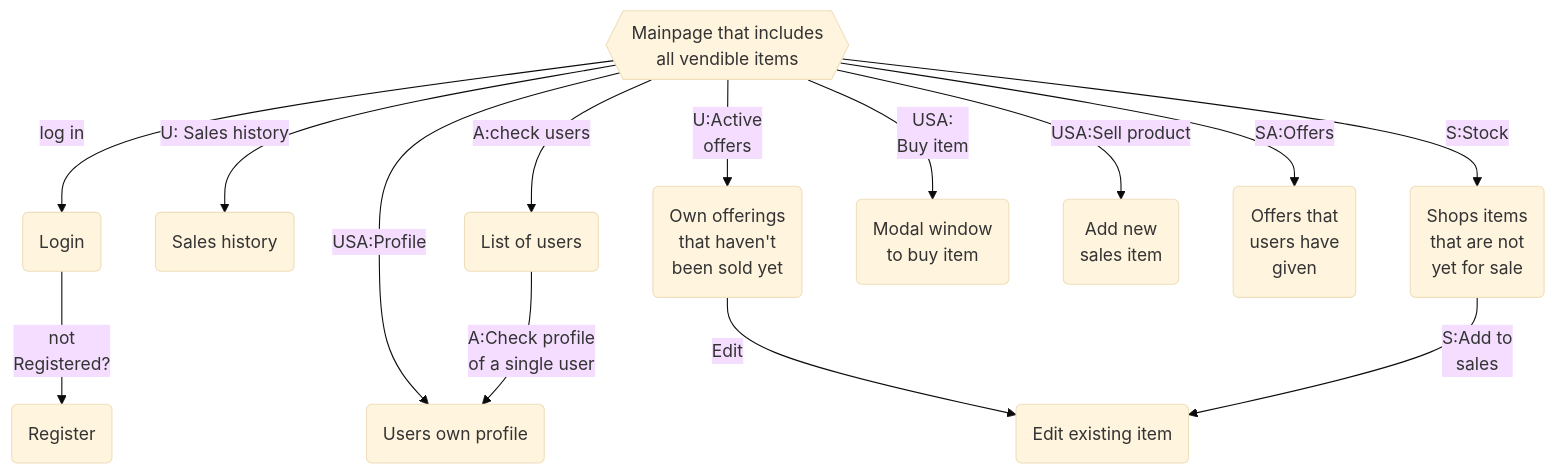
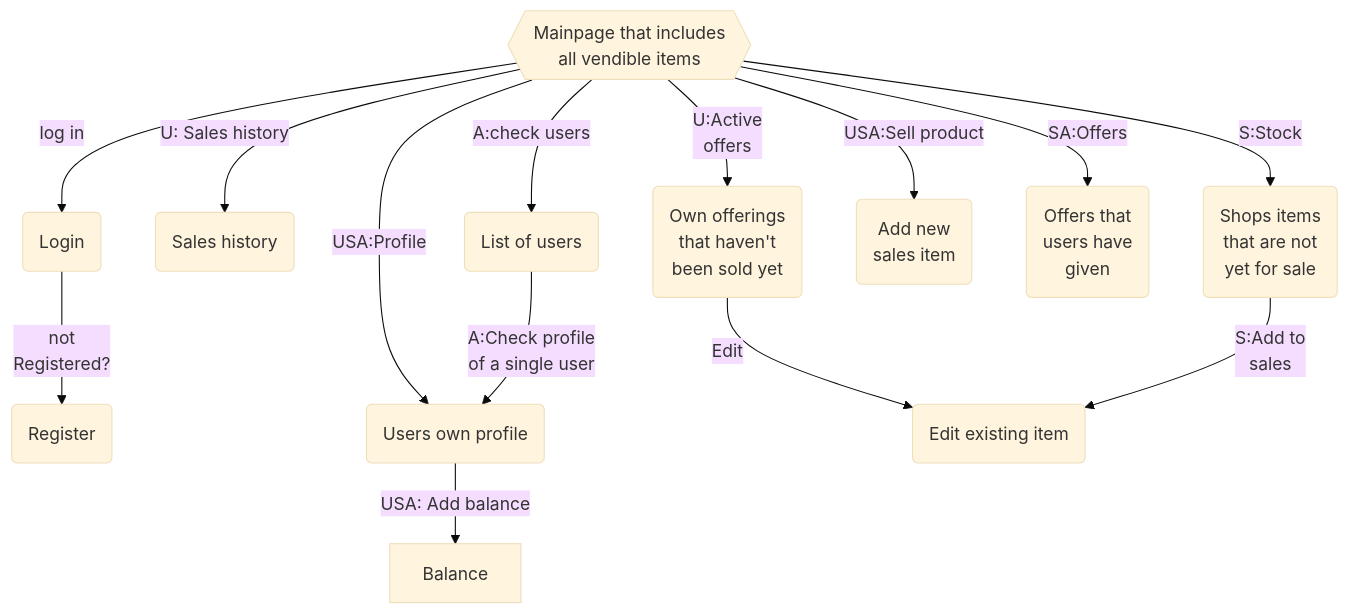
One commit to timotuulio/secondhandWebstore changed the diagram in README.md. Above: the diagram before and after it, drawn with Mermaid (base theme). The commit also changed other lines of this file and 2 other files, not shown here.

Commit message:
Update README, add XSSFilters to API

````diff
--- a/README.md
+++ b/README.md
@@ -48,25 +54,23 @@
 ``` mermaid
 graph TD
-  Log(Login) --> |not<br/> Registered?| Reg
-  Reg(Register)
-  MP{{Mainpage that includes <br/>all vendible items}}
-  MP --> |log in| Log
-  MP --> |USA:Profile| Prof
-  MP --> |U: Sales history| Hist
-  MP --> |A:check users| LU
-  MP --> |S:Stock|OwnSells
-  MP --> |U:Active<br/> offers|OwnOff
-  MP --> |USA:<br/>Buy item| Item
-  MP --> |USA:Sell product| NewItem
-  MP --> |SA:Offers|Offers
-  Hist(Sales history)
-  NewItem(Add new <br/>sales item)
-  LU(List of users) --> |A:Check profile<br/>of a single user| Prof
-  Prof(Users own profile)
-  OwnOff(Own offerings <br/>that haven't<br/> been sold yet) --> |Edit|Edit
-  Edit(Edit existing item)
-  OwnSells(Shops items <br/>that are not <br/>yet for sale) --> |S:Add to <br/>sales|Edit
-  Item(Modal window <br/>to buy item)
-  Offers(Offers that <br/>users have<br/> given)
+Log(Login) --> |not<br/> Registered?| Reg
+Reg(Register)
+MP{{Mainpage that includes <br/>all vendible items}}
+MP --> |log in| Log
+MP --> |USA:Profile| Prof
+MP --> |U: Sales history| Hist
+MP --> |A:check users| LU
+MP --> |S:Stock|OwnSells
+MP --> |U:Active<br/> offers|OwnOff
+MP --> |USA:Sell product| NewItem
+MP --> |SA:Offers|Offers
+Hist(Sales history)
+NewItem(Add new <br/>sales item)
+LU(List of users) --> |A:Check profile<br/>of a single user| Prof
+Prof(Users own profile) --> |USA: Add balance| Balance
+OwnOff(Own offerings <br/>that haven't<br/> been sold yet) --> |Edit|Edit
+Edit(Edit existing item)
+OwnSells(Shops items <br/>that are not <br/>yet for sale) --> |S:Add to <br/>sales|Edit
+Offers(Offers that <br/>users have<br/> given)
 
 ```
````
